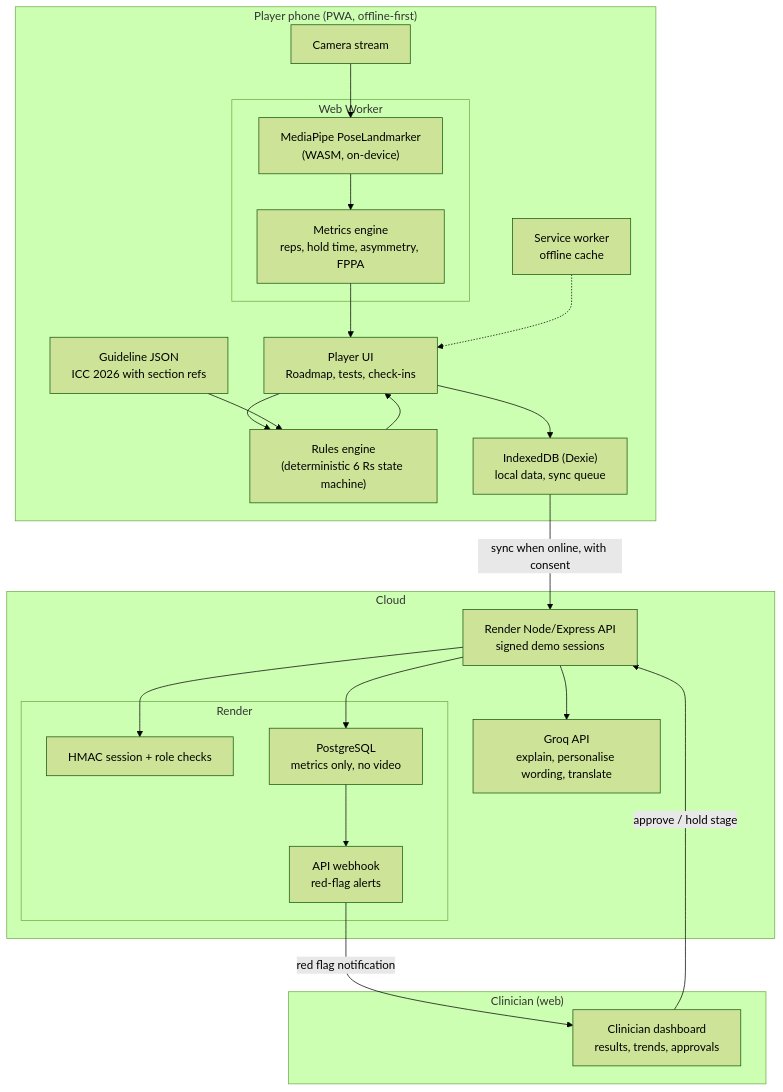
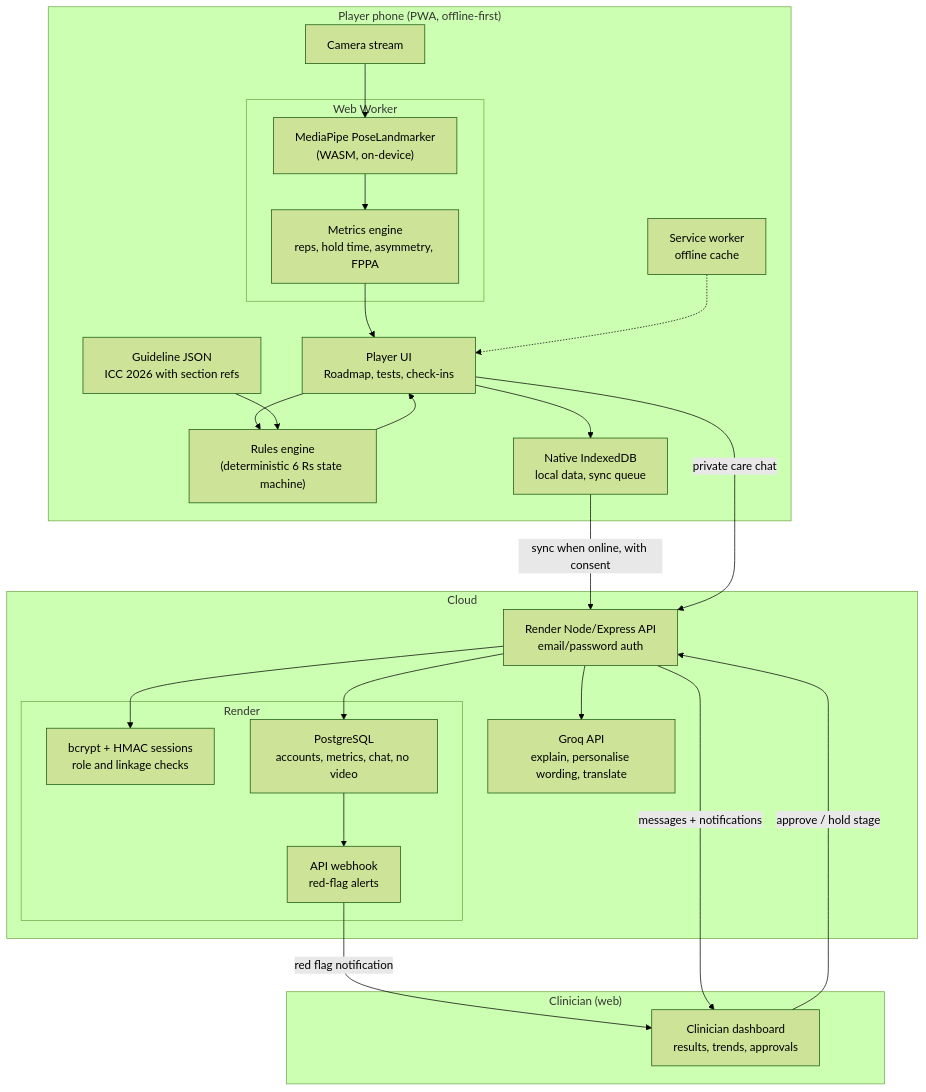
One commit to nourinzaman2005-droid/comeback changed the first of 5 diagrams in CLAUDE.md. Above: the diagram before and after it, drawn with Mermaid (forest theme). The commit also changed other lines of this file and 18 other files, not shown here.

````diff
--- a/CLAUDE.md
+++ b/CLAUDE.md
@@ -230,43 +230,45 @@
 ```mermaid
 flowchart TB
     subgraph Device["Player phone (PWA, offline-first)"]
         UI["Player UI<br/>Roadmap, tests, check-ins"]
         CAM["Camera stream"]
         subgraph Worker["Web Worker"]
             MP["MediaPipe PoseLandmarker<br/>(WASM, on-device)"]
             MET["Metrics engine<br/>reps, hold time, asymmetry, FPPA"]
         end
         RULES["Rules engine<br/>(deterministic 6 Rs state machine)"]
         GUIDE["Guideline JSON<br/>ICC 2026 with section refs"]
-        IDB["IndexedDB (Dexie)<br/>local data, sync queue"]
+        IDB["Native IndexedDB<br/>local data, sync queue"]
         SW["Service worker<br/>offline cache"]
     end
 
     subgraph Cloud["Cloud"]
-        API["Render Node/Express API<br/>signed demo sessions"]
+        API["Render Node/Express API<br/>email/password auth"]
         LLM["Groq API<br/>explain, personalise wording, translate"]
         subgraph RENDER["Render"]
-            AUTH["HMAC session + role checks"]
-            DB["PostgreSQL<br/>metrics only, no video"]
+            AUTH["bcrypt + HMAC sessions<br/>role and linkage checks"]
+            DB["PostgreSQL<br/>accounts, metrics, chat, no video"]
             EF["API webhook<br/>red-flag alerts"]
         end
     end
 
     subgraph Clinic["Clinician (web)"]
         DASH["Clinician dashboard<br/>results, trends, approvals"]
     end
 
     CAM --> MP --> MET --> UI
     UI --> RULES
     GUIDE --> RULES
     RULES --> UI
     UI --> IDB
     SW -.-> UI
     IDB -- "sync when online, with consent" --> API
     API --> AUTH
     API --> DB
     API --> LLM
     DB --> EF
     EF -- "red flag notification" --> DASH
     DASH -- "approve / hold stage" --> API
+    UI -- "private care chat" --> API
+    API -- "messages + notifications" --> DASH
 ```
````
